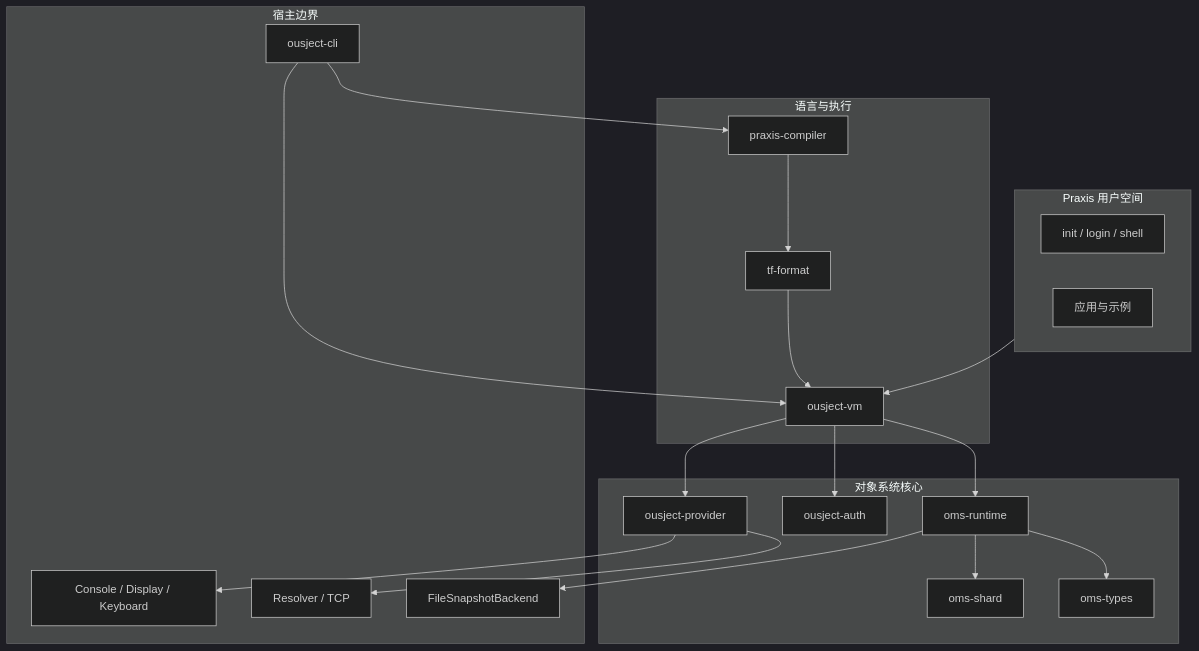
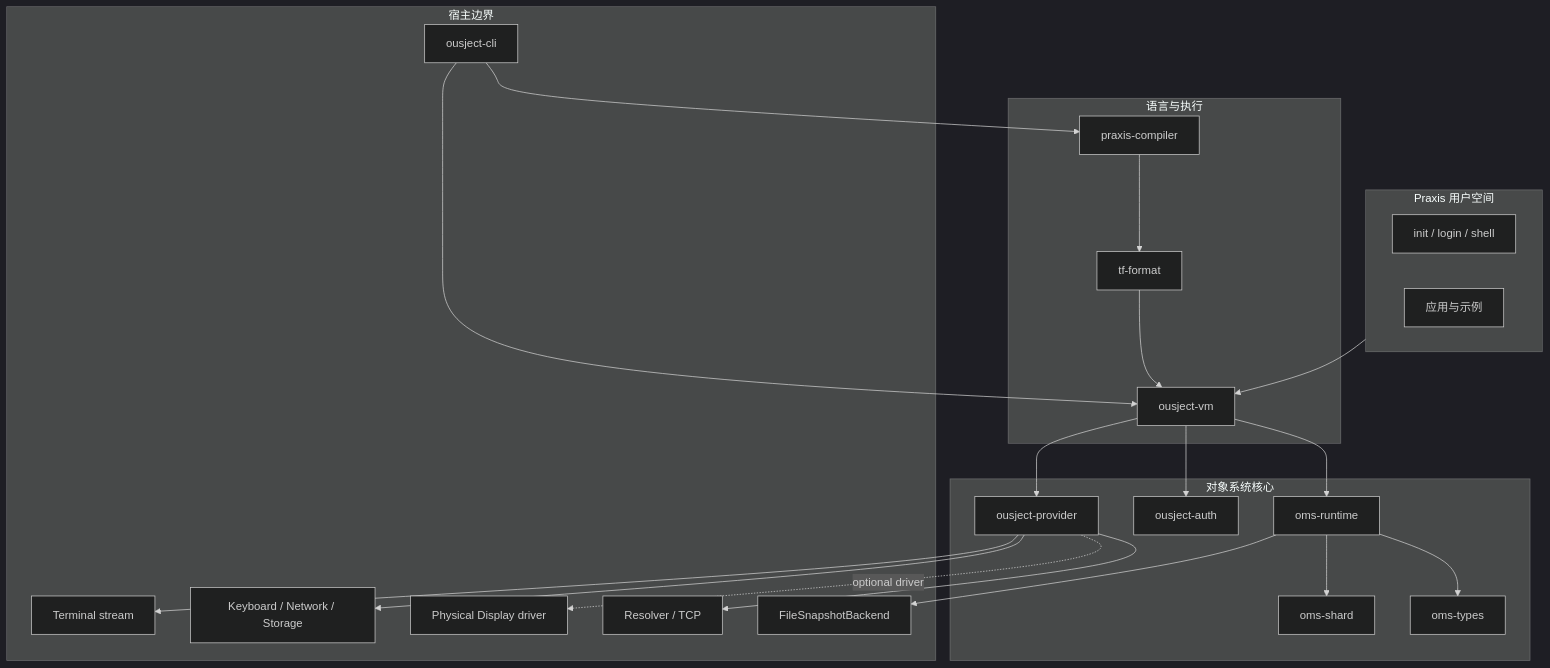
Before and after one commit to SuHeling1212/Ousject: the first of 2 diagrams in docs/concepts/architecture.md, drawn with Mermaid (dark theme). The commit also changed other lines of this file and 23 other files, not shown here.

First line of the commit message:
Implement HostTerminalProvider and TerminalScreen for terminal object management

````diff
--- a/docs/concepts/architecture.md
+++ b/docs/concepts/architecture.md
@@ -8,42 +8,46 @@
 ```mermaid
 flowchart TB
     subgraph User[Praxis 用户空间]
         Init[init / login / shell]
         App[应用与示例]
     end
 
     subgraph Language[语言与执行]
         Compiler[praxis-compiler]
         Format[tf-format]
         VM[ousject-vm]
     end
 
     subgraph Kernel[对象系统核心]
         Runtime[oms-runtime]
         Shard[oms-shard]
         Types[oms-types]
         Auth[ousject-auth]
         Provider[ousject-provider]
     end
 
     subgraph Host[宿主边界]
         CLI[ousject-cli]
-        Console[Console / Display / Keyboard]
+        Terminal[Terminal stream]
+        Devices[Keyboard / Network / Storage]
+        Display[Physical Display driver]
         Network[Resolver / TCP]
         Storage[FileSnapshotBackend]
     end
 
     User --> VM
     Compiler --> Format
     Format --> VM
     VM --> Runtime
     VM --> Auth
     VM --> Provider
     Runtime --> Shard
     Runtime --> Types
-    Provider --> Console
+    Provider --> Terminal
+    Provider --> Devices
+    Provider -. optional driver .-> Display
     Provider --> Network
     Runtime --> Storage
     CLI --> Compiler
     CLI --> VM
 ```
````
